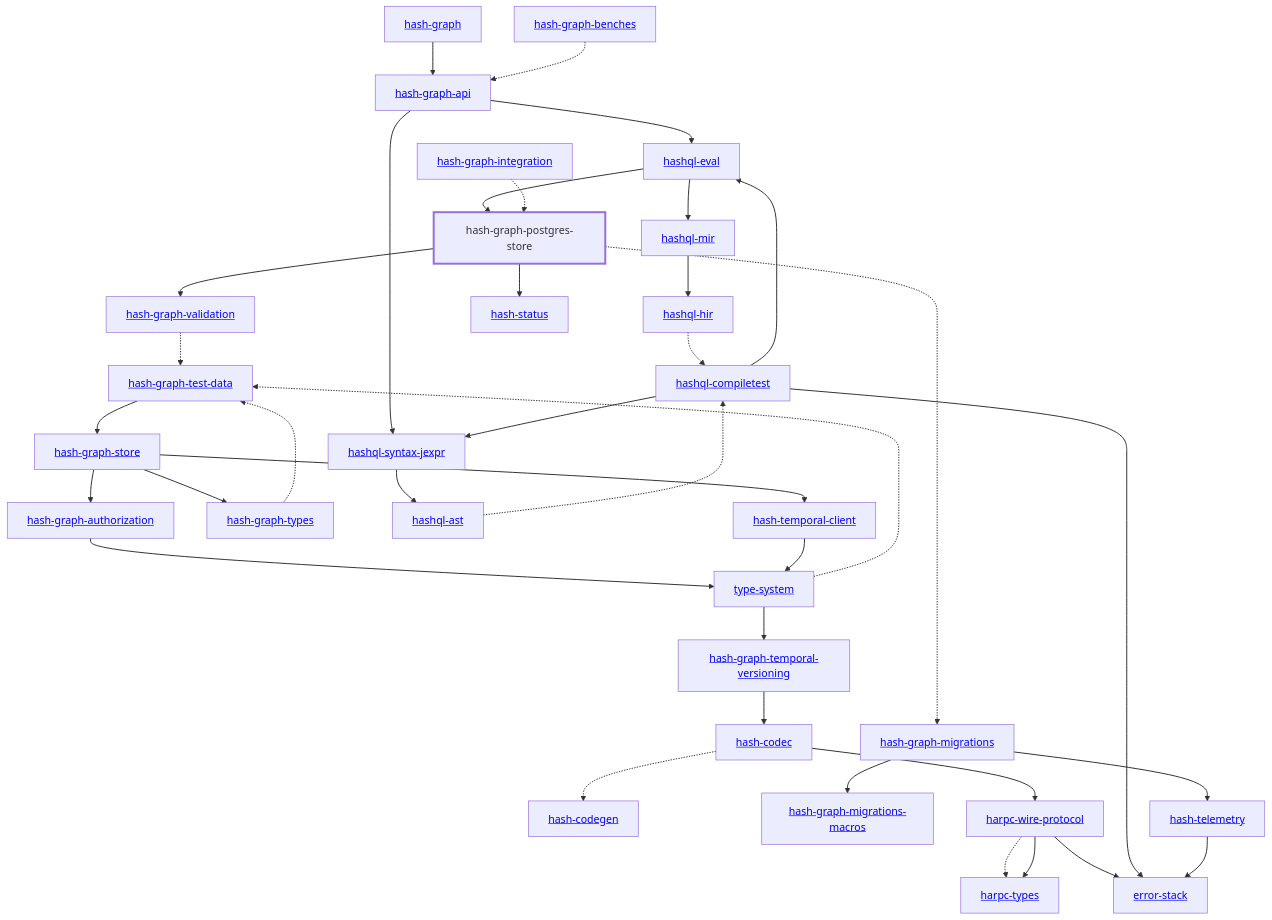
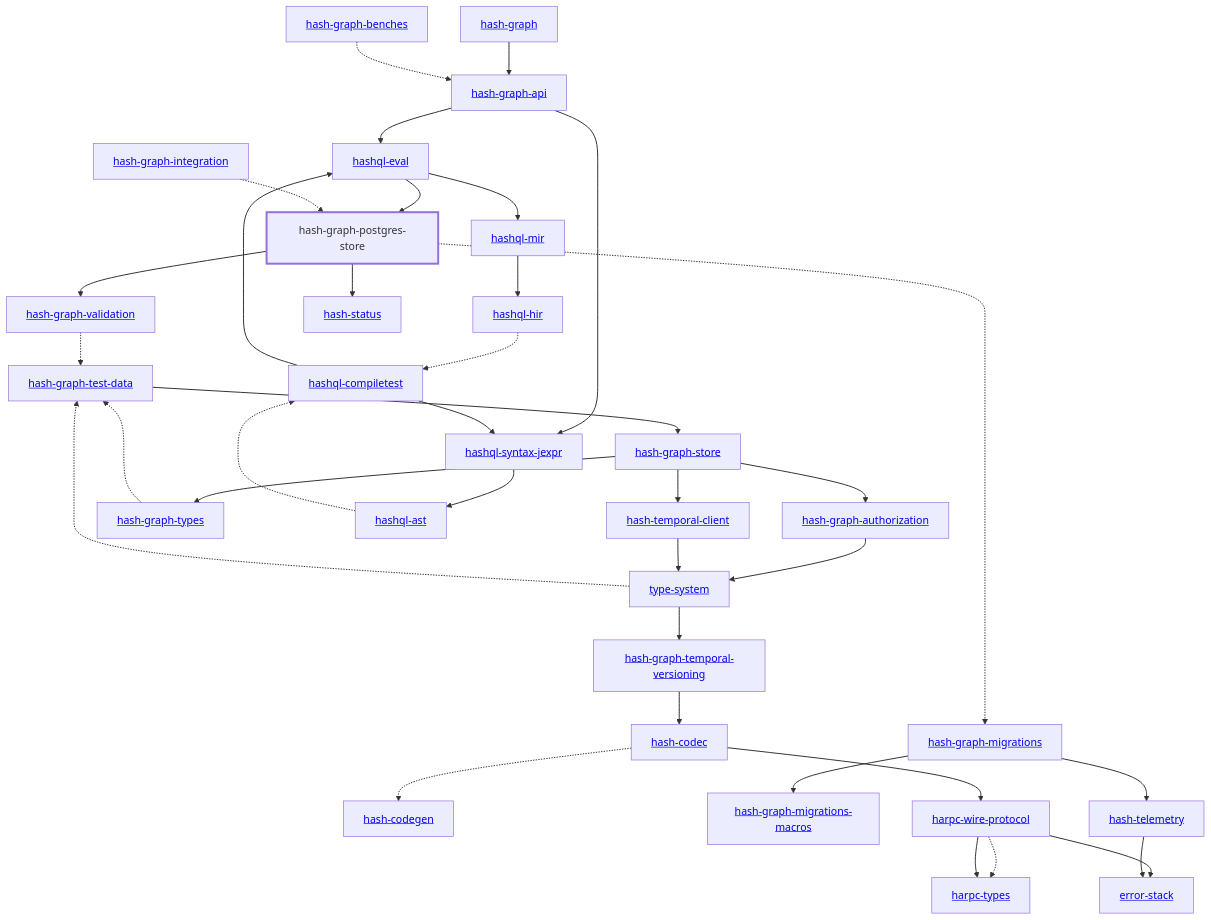
Before and after one commit to hashintel/hash: the diagram in libs/@local/graph/postgres-store/docs/dependency-diagram.mmd, drawn with Mermaid. The commit also changed 145 other files, not shown here.

```diff
--- a/libs/@local/graph/postgres-store/docs/dependency-diagram.mmd
+++ b/libs/@local/graph/postgres-store/docs/dependency-diagram.mmd
@@ -1,75 +1,74 @@
 graph TD
     linkStyle default stroke-width:1.5px
     classDef default stroke-width:1px
     classDef root stroke-width:3px
     classDef dev stroke-width:1px
     classDef build stroke-width:1px
     %% Legend
     %% --> : Normal dependency
     %% -.-> : Dev dependency
     %% ---> : Build dependency
     0[<a href="../hash_graph/index.html">hash-graph</a>]
     1[<a href="../type_system/index.html">type-system</a>]
     2[<a href="../hash_codec/index.html">hash-codec</a>]
     3[<a href="../hash_codegen/index.html">hash-codegen</a>]
     4[<a href="../hash_graph_api/index.html">hash-graph-api</a>]
     5[<a href="../hash_graph_authorization/index.html">hash-graph-authorization</a>]
     6[<a href="../hash_graph_migrations/index.html">hash-graph-migrations</a>]
     7[<a href="../hash_graph_migrations_macros/index.html">hash-graph-migrations-macros</a>]
     8[hash-graph-postgres-store]
     class 8 root
     9[<a href="../hash_graph_store/index.html">hash-graph-store</a>]
     10[<a href="../hash_graph_temporal_versioning/index.html">hash-graph-temporal-versioning</a>]
     11[<a href="../hash_graph_types/index.html">hash-graph-types</a>]
     12[<a href="../hash_graph_validation/index.html">hash-graph-validation</a>]
     13[<a href="../harpc_types/index.html">harpc-types</a>]
     14[<a href="../harpc_wire_protocol/index.html">harpc-wire-protocol</a>]
     15[<a href="../hashql_ast/index.html">hashql-ast</a>]
     16[<a href="../hashql_compiletest/index.html">hashql-compiletest</a>]
     17[<a href="../hashql_eval/index.html">hashql-eval</a>]
     18[<a href="../hashql_hir/index.html">hashql-hir</a>]
     19[<a href="../hashql_mir/index.html">hashql-mir</a>]
     20[<a href="../hashql_syntax_jexpr/index.html">hashql-syntax-jexpr</a>]
     21[<a href="../hash_status/index.html">hash-status</a>]
     22[<a href="../hash_telemetry/index.html">hash-telemetry</a>]
     23[<a href="../hash_temporal_client/index.html">hash-temporal-client</a>]
     24[<a href="../error_stack/index.html">error-stack</a>]
     25[<a href="../hash_graph_benches/index.html">hash-graph-benches</a>]
     26[<a href="../hash_graph_integration/index.html">hash-graph-integration</a>]
     27[<a href="../hash_graph_test_data/index.html">hash-graph-test-data</a>]
     0 --> 4
     1 --> 10
     1 -.-> 27
     2 -.-> 3
     2 --> 14
     4 --> 17
     4 --> 20
     5 --> 1
     6 --> 7
     6 --> 22
     8 -.-> 6
     8 --> 12
     8 --> 21
     9 --> 5
     9 --> 11
     9 --> 23
     10 --> 2
     11 -.-> 27
     12 -.-> 27
     14 -.-> 13
     14 --> 13
     14 --> 24
     15 -.-> 16
     16 --> 17
     16 --> 20
-    16 --> 24
     17 --> 8
     17 --> 19
     18 -.-> 16
     19 --> 18
     20 --> 15
     22 --> 24
     23 --> 1
     25 -.-> 4
     26 -.-> 8
     27 --> 9
```
